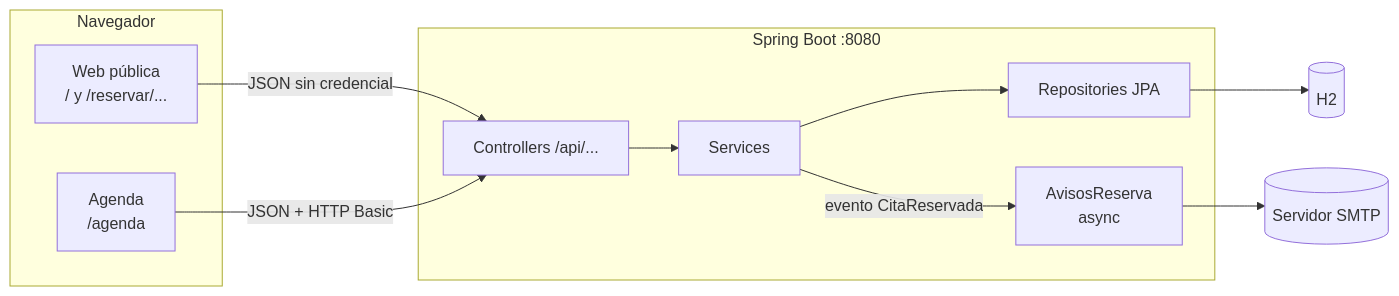
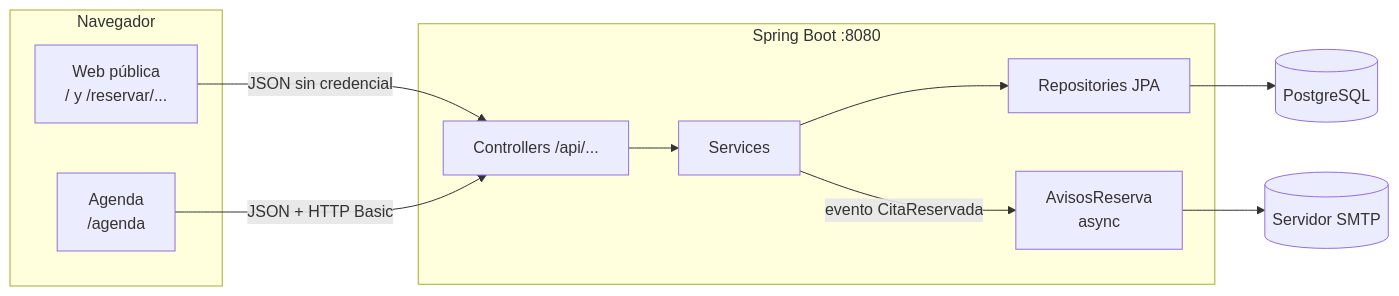
The diagram in docs/arquitectura.md (DisnaKing/Hueco), drawn with Mermaid before and after one commit. The commit also changed other lines of this file and 26 other files, not shown here.

First line of the commit message:
PostgreSQL y Flyway en lugar de H2 en memoria

````diff
--- a/docs/arquitectura.md
+++ b/docs/arquitectura.md
@@ -15,20 +15,20 @@
 ```mermaid
 flowchart LR
     subgraph Navegador
         W[Web pública<br/>/ y /reservar/...]
         A[Agenda<br/>/agenda]
     end
     subgraph Backend[Spring Boot :8080]
         C[Controllers /api/...]
         S[Services]
         R[Repositories JPA]
         E[AvisosReserva<br/>async]
     end
-    DB[(H2)]
+    DB[(PostgreSQL)]
     SMTP[(Servidor SMTP)]
 
     W -- JSON sin credencial --> C
     A -- JSON + HTTP Basic --> C
     C --> S --> R --> DB
     S -- evento CitaReservada --> E --> SMTP
 ```
````
